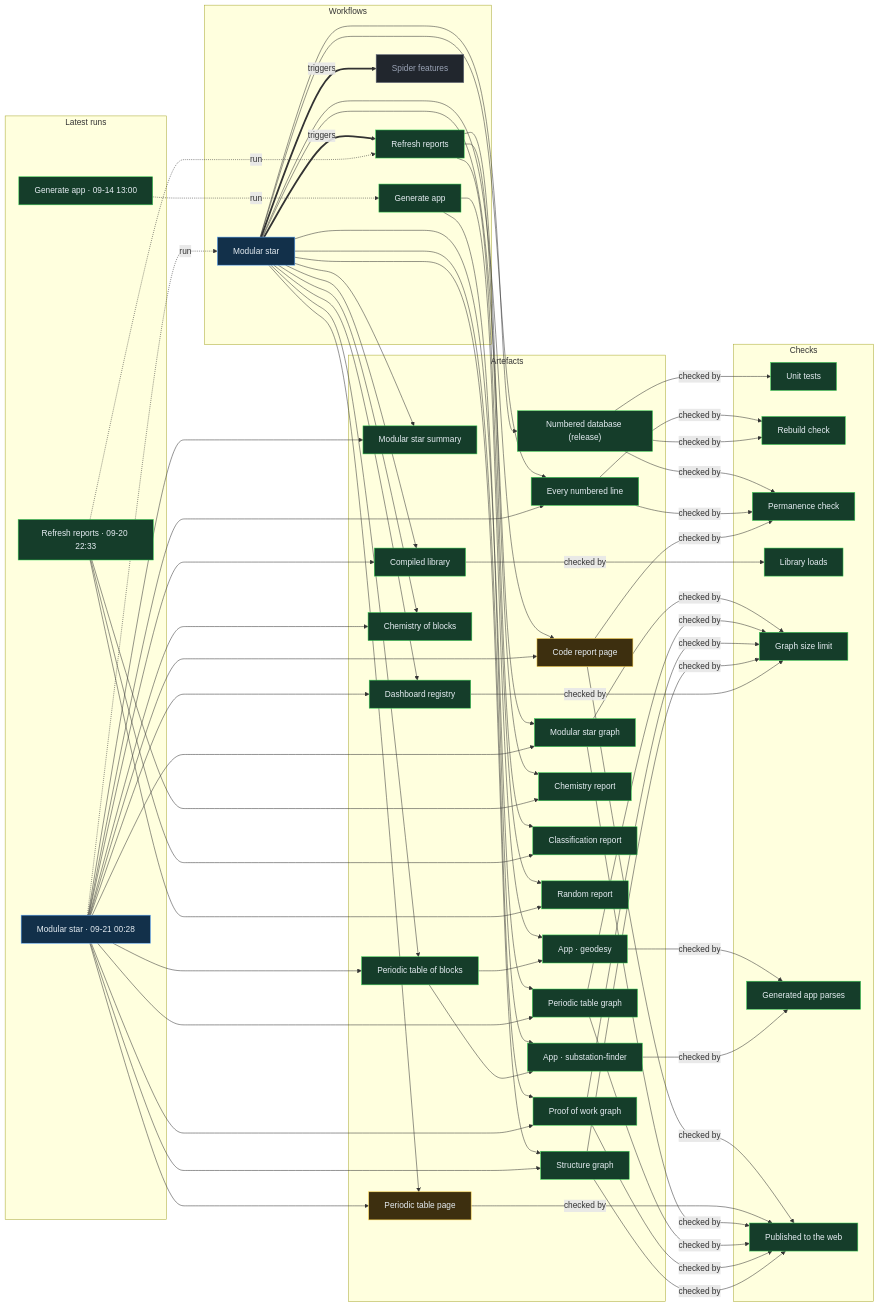
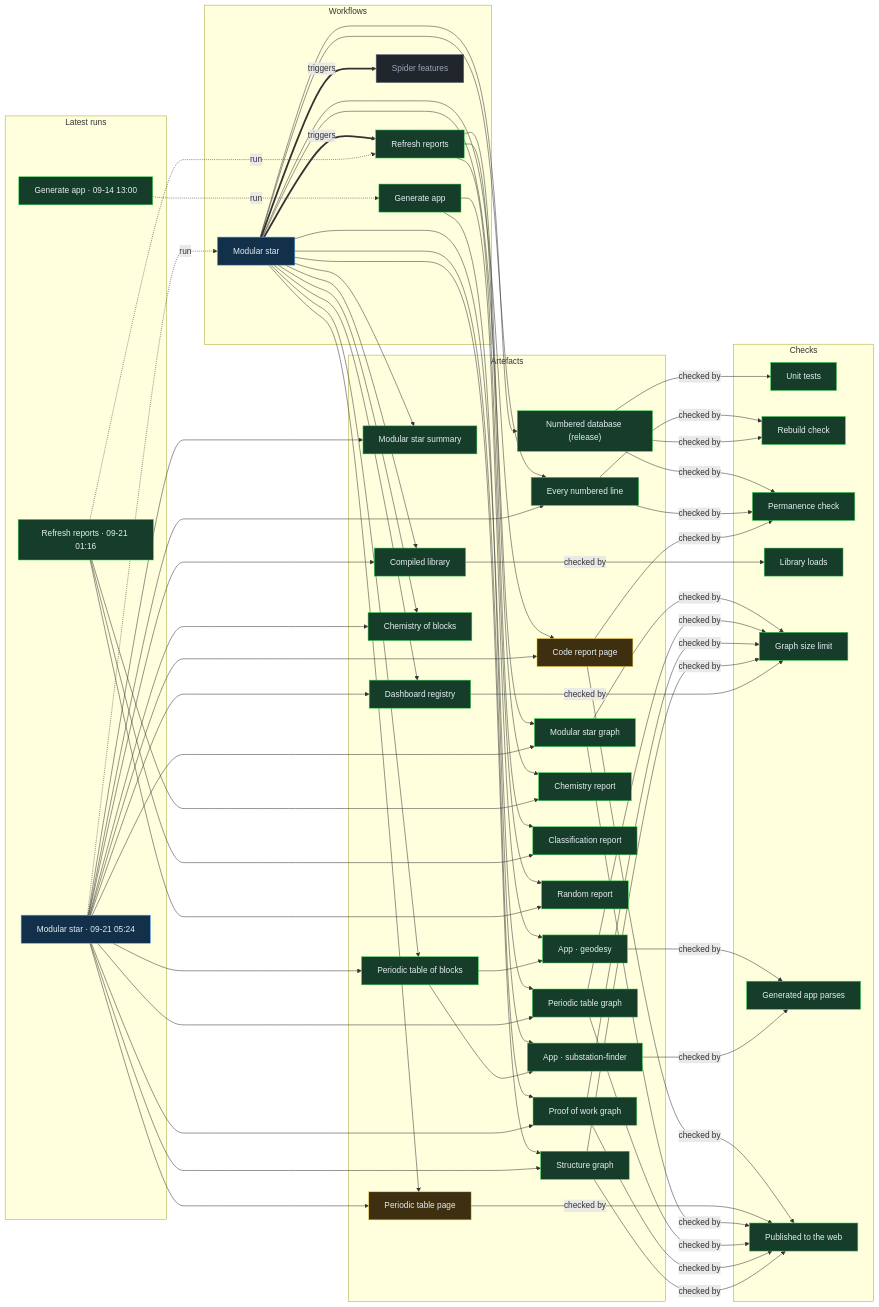
Before and after one commit to Ventusltd/stars: the diagram in proof/PROOF.md, drawn with Mermaid. The commit also changed other lines of this file and 123 other files, not shown here.

Commit message:
Modular star 2026-09-21T05:27Z

```diff
--- a/proof/PROOF.md
+++ b/proof/PROOF.md
@@ -24,8 +24,8 @@
   n_wf_spider_features["Spider features"]:::off
   end
   subgraph g_runs["Latest runs"]
-  n_run_35547790471["Modular star · 09-21 00:28"]:::live
-  n_run_35542057467["Refresh reports · 09-20 22:33"]:::ok
+  n_run_35564450057["Modular star · 09-21 05:24"]:::live
+  n_run_35550362406["Refresh reports · 09-21 01:16"]:::ok
   n_run_34846587798["Generate app · 09-14 13:00"]:::ok
   end
   subgraph g_artefacts["Artefacts"]
@@ -59,39 +59,39 @@
   end
   n_wf_modular_star == triggers ==> n_wf_refresh
   n_wf_modular_star == triggers ==> n_wf_spider_features
-  n_run_35547790471 -. run .-> n_wf_modular_star
-  n_run_35542057467 -. run .-> n_wf_refresh
+  n_run_35564450057 -. run .-> n_wf_modular_star
+  n_run_35550362406 -. run .-> n_wf_refresh
   n_run_34846587798 -. run .-> n_wf_generate
   n_wf_modular_star --> n_art_summary
-  n_run_35547790471 --> n_art_summary
+  n_run_35564450057 --> n_art_summary
   n_wf_modular_star --> n_art_lines
-  n_run_35547790471 --> n_art_lines
+  n_run_35564450057 --> n_art_lines
   n_wf_modular_star --> n_art_code
-  n_run_35547790471 --> n_art_code
+  n_run_35564450057 --> n_art_code
   n_wf_modular_star --> n_art_modular_graph
-  n_run_35547790471 --> n_art_modular_graph
+  n_run_35564450057 --> n_art_modular_graph
   n_wf_modular_star --> n_art_blocks
-  n_run_35547790471 --> n_art_blocks
+  n_run_35564450057 --> n_art_blocks
   n_wf_modular_star --> n_art_table
-  n_run_35547790471 --> n_art_table
+  n_run_35564450057 --> n_art_table
   n_wf_modular_star --> n_art_blocks_graph
-  n_run_35547790471 --> n_art_blocks_graph
+  n_run_35564450057 --> n_art_blocks_graph
   n_wf_modular_star --> n_art_reactions
-  n_run_35547790471 --> n_art_reactions
+  n_run_35564450057 --> n_art_reactions
   n_wf_modular_star --> n_art_library
-  n_run_35547790471 --> n_art_library
+  n_run_35564450057 --> n_art_library
   n_wf_modular_star --> n_art_features
-  n_run_35547790471 --> n_art_features
+  n_run_35564450057 --> n_art_features
   n_wf_modular_star --> n_art_proof
-  n_run_35547790471 --> n_art_proof
+  n_run_35564450057 --> n_art_proof
   n_wf_modular_star --> n_art_structure
-  n_run_35547790471 --> n_art_structure
+  n_run_35564450057 --> n_art_structure
   n_wf_refresh --> n_art_chemistry
-  n_run_35542057467 --> n_art_chemistry
+  n_run_35550362406 --> n_art_chemistry
   n_wf_refresh --> n_art_vedic
-  n_run_35542057467 --> n_art_vedic
+  n_run_35550362406 --> n_art_vedic
   n_wf_refresh --> n_art_random
-  n_run_35542057467 --> n_art_random
+  n_run_35550362406 --> n_art_random
   n_wf_modular_star --> n_art_release
   n_wf_generate --> n_app_geodesy
   n_art_blocks --> n_app_geodesy
```
